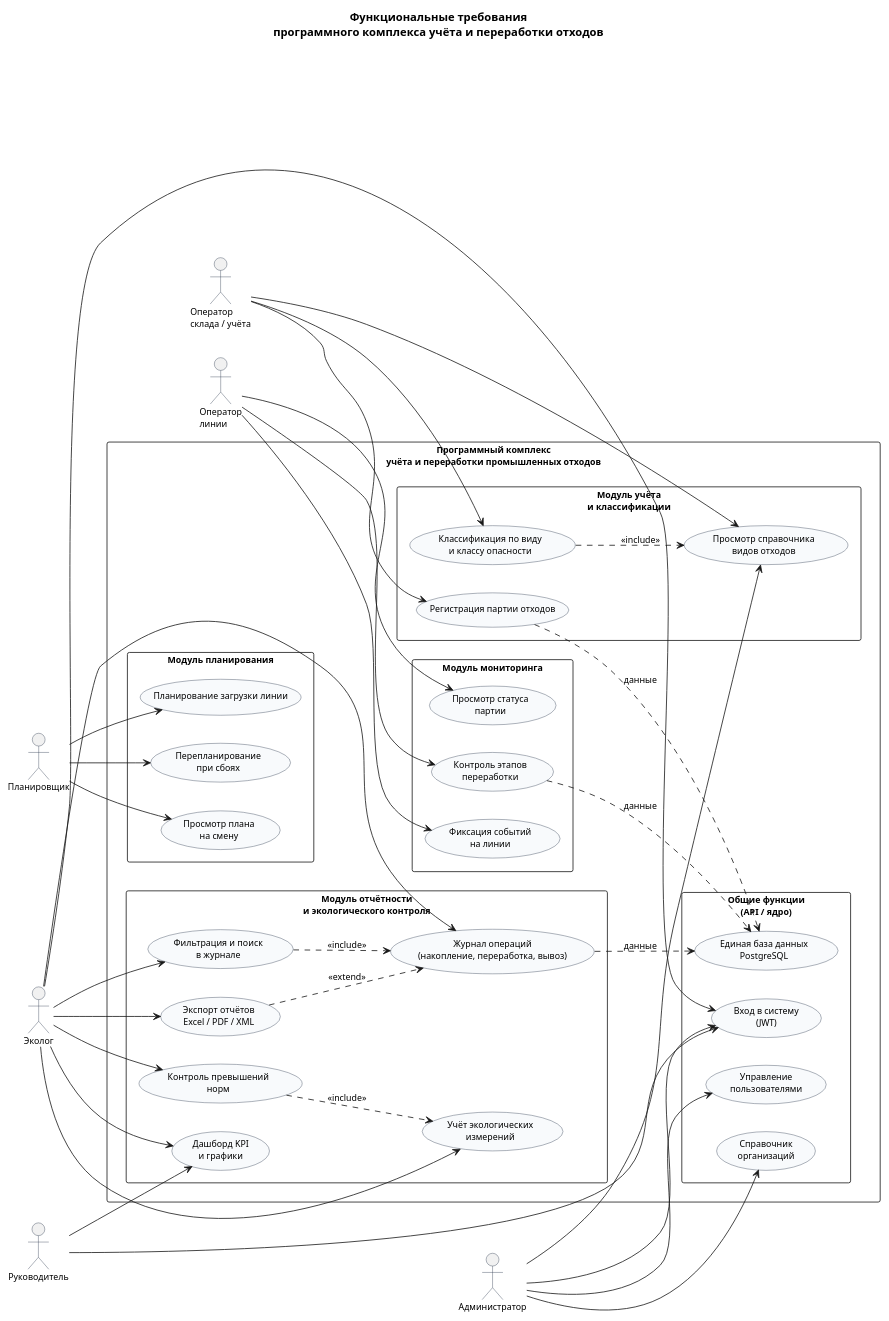
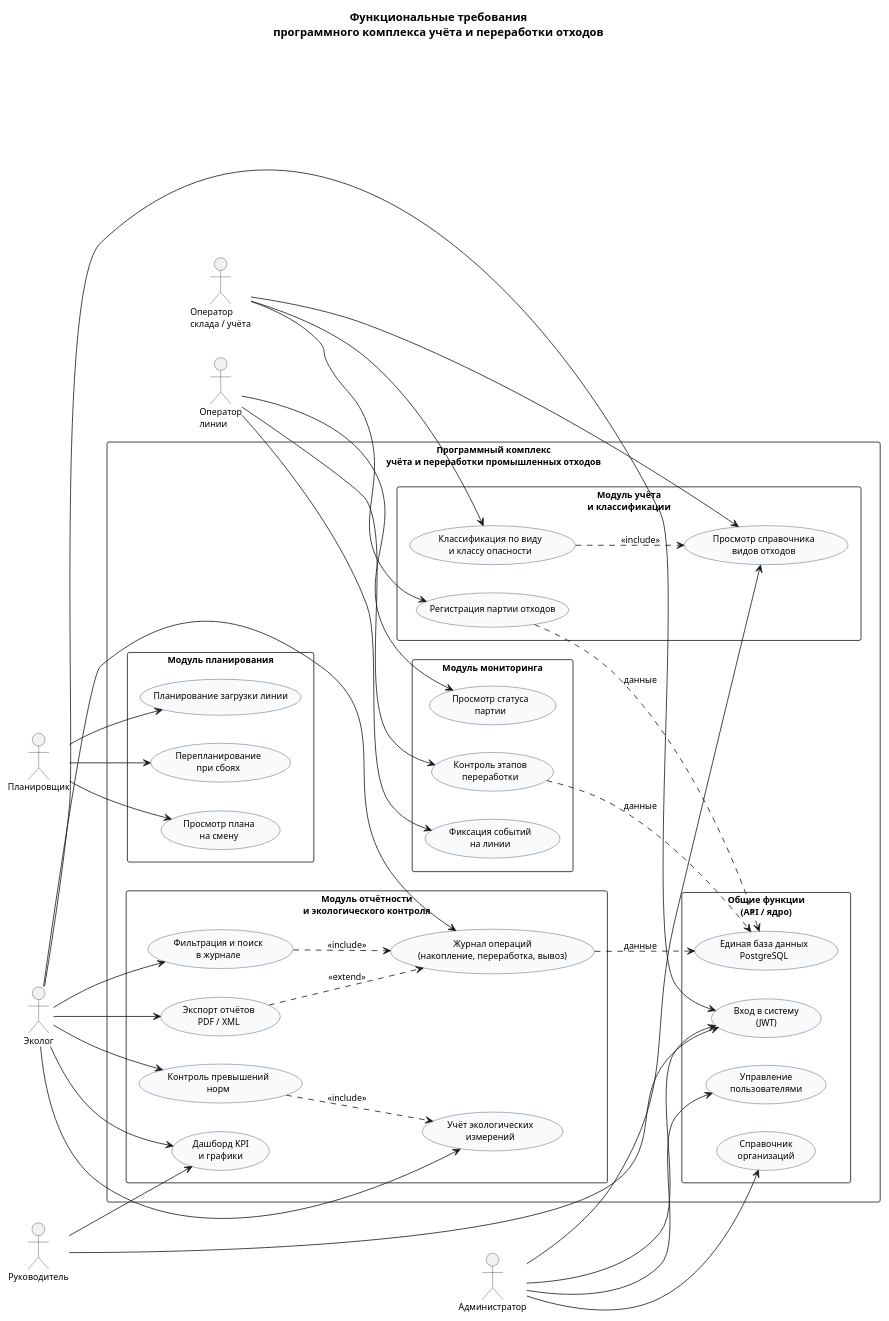
Before and after one commit to Dourfyt/diplom: the diagram in eco/docs/diagrams/use_case_kompleks.puml, drawn with PlantUML. The commit also changed 27 other files, not shown here.

First line of the commit message:
Убрала экспорт Excel: в отчётности остались только PDF и XML.

```diff
--- a/eco/docs/diagrams/use_case_kompleks.puml
+++ b/eco/docs/diagrams/use_case_kompleks.puml
@@ -1,99 +1,99 @@
 @startuml UseCase_kompleks
 ' Диаграмма прецедентов — функциональные требования программного комплекса
 ' Открыть: https://www.plantuml.com/plantuml/uml — вставить содержимое файла → Export PNG
 
 left to right direction
 skinparam shadowing false
 skinparam defaultFontSize 11
 skinparam packageStyle rectangle
 skinparam usecase {
   BackgroundColor #F8FAFC
   BorderColor #334155
 }
 skinparam actor {
   BorderColor #334155
 }
 
 title Функциональные требования\nпрограммного комплекса учёта и переработки отходов
 
 actor "Оператор\nсклада / учёта" as OpSklad
 actor "Планировщик" as Plan
 actor "Оператор\nлинии" as OpLin
 actor "Эколог" as Eco
 actor "Руководитель" as Mgr
 actor "Администратор" as Admin
 
 rectangle "Программный комплекс\nучёта и переработки промышленных отходов" as K {
 
   package "Модуль учёта\nи классификации" as M1 {
     usecase "Регистрация партии отходов" as U1
     usecase "Классификация по виду\nи классу опасности" as U2
     usecase "Просмотр справочника\nвидов отходов" as U3
   }
 
   package "Модуль планирования" as M2 {
     usecase "Планирование загрузки линии" as U4
     usecase "Перепланирование\nпри сбоях" as U5
     usecase "Просмотр плана\nна смену" as U6
   }
 
   package "Модуль мониторинга" as M3 {
     usecase "Контроль этапов\nпереработки" as U7
     usecase "Фиксация событий\nна линии" as U8
     usecase "Просмотр статуса\nпартии" as U9
   }
 
   package "Модуль отчётности\nи экологического контроля" as M4 {
     usecase "Журнал операций\n(накопление, переработка, вывоз)" as U10
     usecase "Фильтрация и поиск\nв журнале" as U11
-    usecase "Экспорт отчётов\nExcel / PDF / XML" as U12
+    usecase "Экспорт отчётов\nPDF / XML" as U12
     usecase "Учёт экологических\nизмерений" as U13
     usecase "Контроль превышений\nнорм" as U14
     usecase "Дашборд KPI\nи графики" as U15
   }
 
   package "Общие функции\n(API / ядро)" as M0 {
     usecase "Вход в систему\n(JWT)" as U0
     usecase "Управление\nпользователями" as U16
     usecase "Справочник\nорганизаций" as U17
     usecase "Единая база данных\nPostgreSQL" as U18
   }
 }
 
 OpSklad --> U1
 OpSklad --> U2
 OpSklad --> U3
 
 Plan --> U4
 Plan --> U5
 Plan --> U6
 
 OpLin --> U7
 OpLin --> U8
 OpLin --> U9
 
 Eco --> U0
 Eco --> U10
 Eco --> U11
 Eco --> U12
 Eco --> U13
 Eco --> U14
 Eco --> U15
 
 Mgr --> U0
 Mgr --> U15
 
 Admin --> U0
 Admin --> U16
 Admin --> U17
 Admin --> U3
 
 U2 ..> U3 : <<include>>
 U11 ..> U10 : <<include>>
 U12 ..> U10 : <<extend>>
 U14 ..> U13 : <<include>>
 U1 ..> U18 : данные
 U7 ..> U18 : данные
 U10 ..> U18 : данные
 
 @enduml
```
